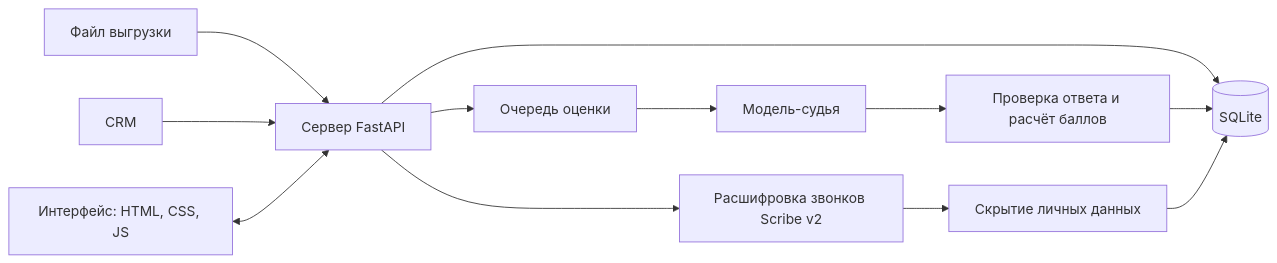
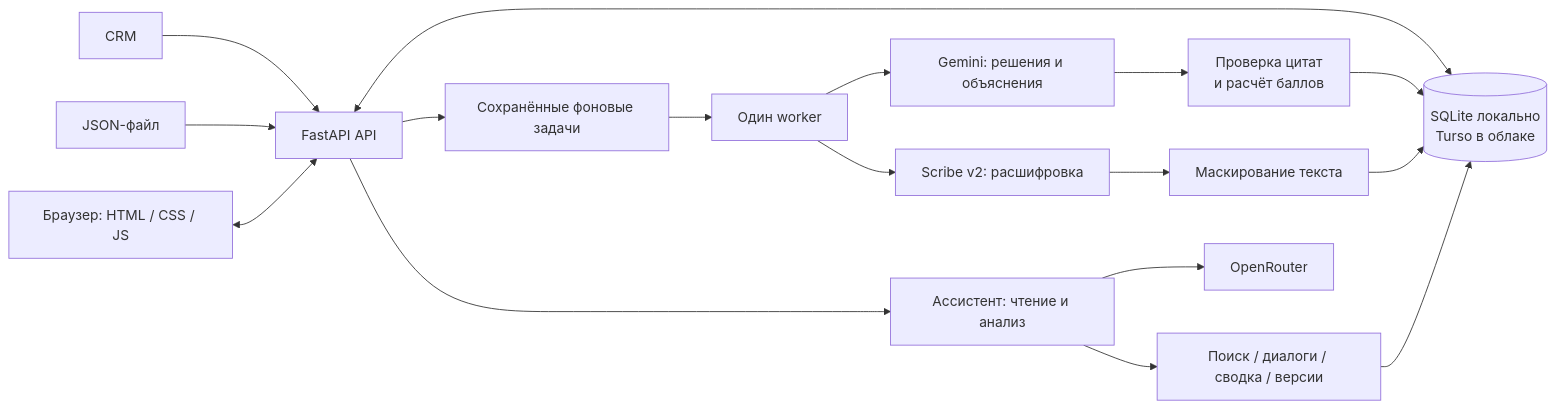
The diagram in README.md (zzhassyn/data-freedom), drawn with Mermaid before and after one commit. The commit also changed other lines of this file and 14 other files, not shown here.

````diff
--- a/README.md
+++ b/README.md
@@ -61,14 +298,19 @@
 ```mermaid
 flowchart LR
-    Files[Файл выгрузки] --> API
-    CRM[CRM] --> API
-    UI[Интерфейс: HTML, CSS, JS] <--> API[Сервер FastAPI]
-    API --> DB[(SQLite)]
-    API --> Queue[Очередь оценки]
-    Queue --> Judge[Модель-судья]
-    Judge --> Check[Проверка ответа и расчёт баллов]
-    Check --> DB
-    API --> STT[Расшифровка звонков Scribe v2]
-    STT --> Mask[Скрытие личных данных]
+    CRM[CRM] --> API[FastAPI API]
+    JSON[JSON-файл] --> API
+    UI[Браузер: HTML / CSS / JS] <--> API
+    API <--> DB[(SQLite локально<br/>Turso в облаке)]
+    API --> Jobs[Сохранённые фоновые задачи]
+    Jobs --> Worker[Один worker]
+    Worker --> Judge[Gemini: решения и объяснения]
+    Judge --> Validate[Проверка цитат<br/>и расчёт баллов]
+    Validate --> DB
+    Worker --> STT[Scribe v2: расшифровка]
+    STT --> Mask[Маскирование текста]
     Mask --> DB
+    API --> Assistant[Ассистент: чтение и анализ]
+    Assistant --> Tools[Поиск / диалоги / сводка / версии]
+    Tools --> DB
+    Assistant --> Models[OpenRouter]
 ```
````
